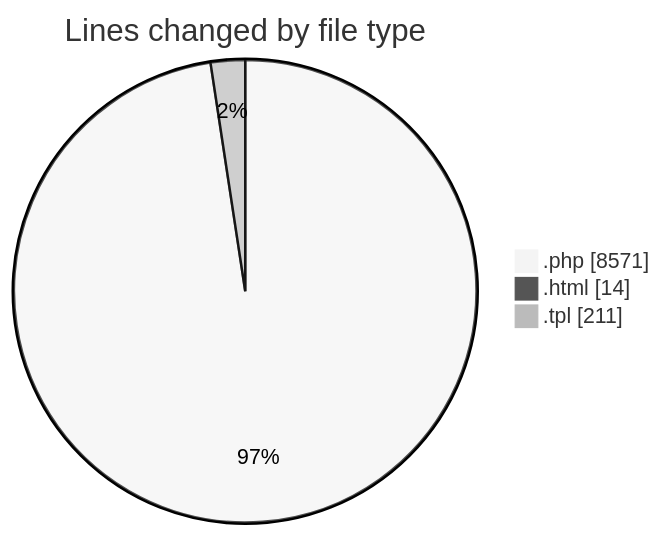
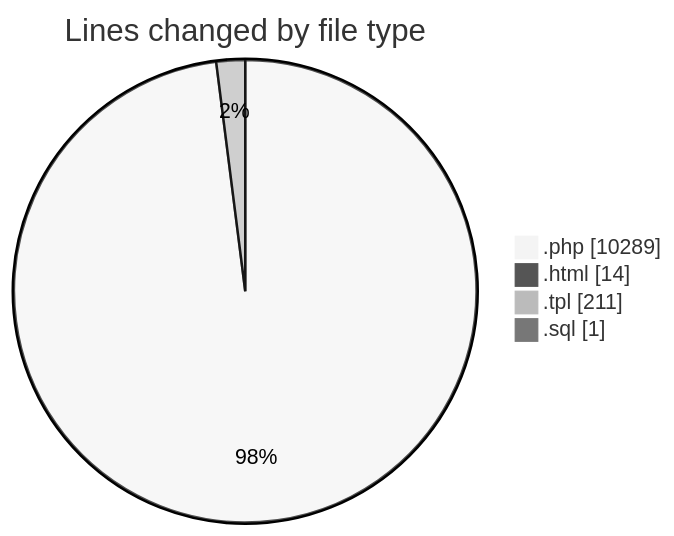
The first of 2 diagrams in 2025-09-13/shop/README.md (vahidmafi/code-tracking), drawn with Mermaid (neutral theme) before and after one commit. The commit also changed other lines of this file and 1 other file, not shown here.

````diff
--- a/2025-09-13/shop/README.md
+++ b/2025-09-13/shop/README.md
@@ -26,7 +30,8 @@
 ```mermaid
 pie showData
 title Lines changed by file type
-".php" : 8571
+".php" : 10289
 ".html" : 14
 ".tpl" : 211
+".sql" : 1
 ```
````
